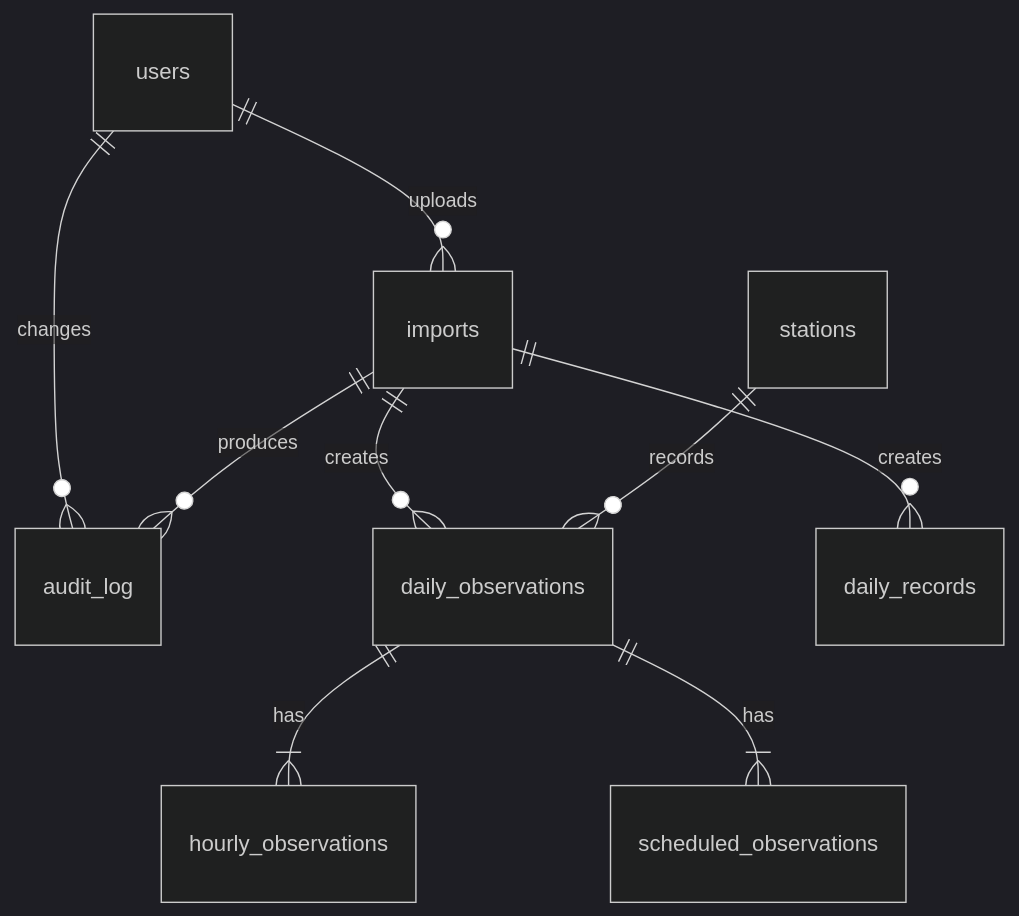
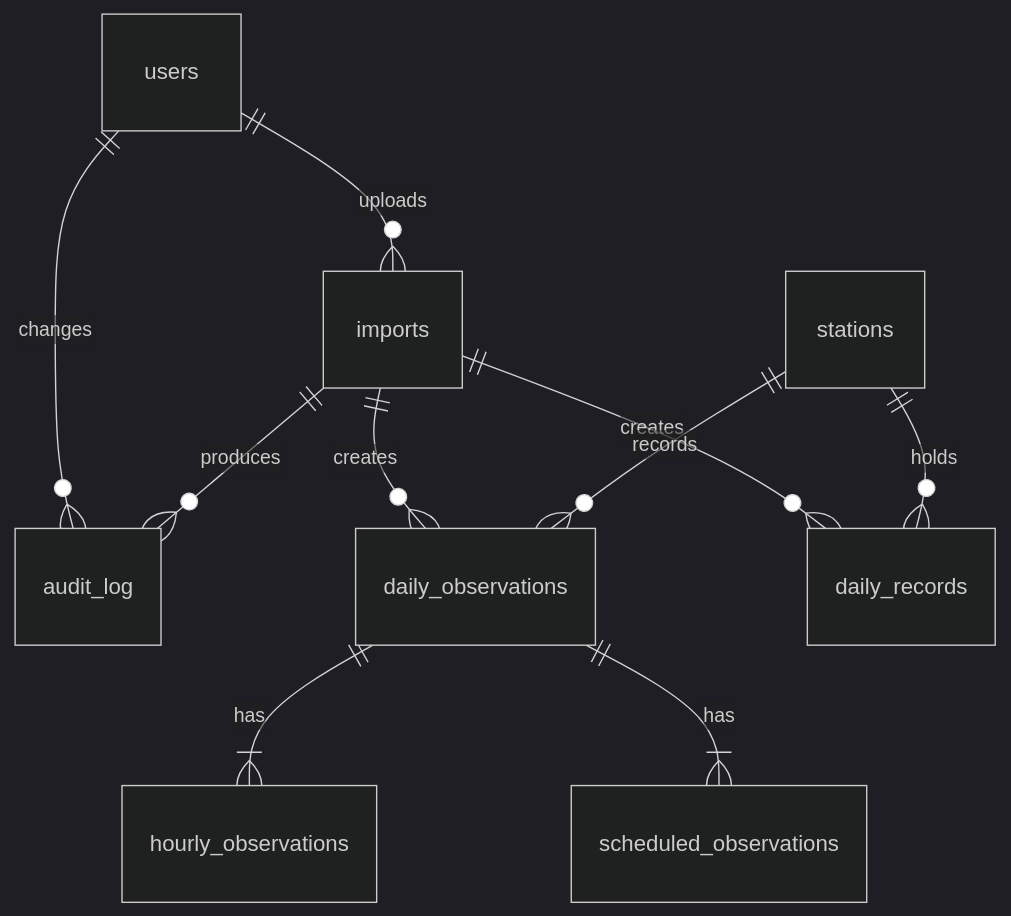
Before and after one commit to Code-4-Community/bho: the diagram in docs/database-schema.md, drawn with Mermaid (dark theme). The commit also changed other lines of this file, not shown here.

First line of the commit message:
Add stationId to daily_records; explain visibility and present weather

````diff
--- a/docs/database-schema.md
+++ b/docs/database-schema.md
@@ -14,11 +14,12 @@
 ```mermaid
 erDiagram
   users ||--o{ imports : uploads
   users ||--o{ audit_log : changes
   imports ||--o{ audit_log : produces
   imports ||--o{ daily_observations : creates
   imports ||--o{ daily_records : creates
   stations ||--o{ daily_observations : records
+  stations ||--o{ daily_records : holds
   daily_observations ||--|{ hourly_observations : has
   daily_observations ||--|{ scheduled_observations : has
 ```
````
